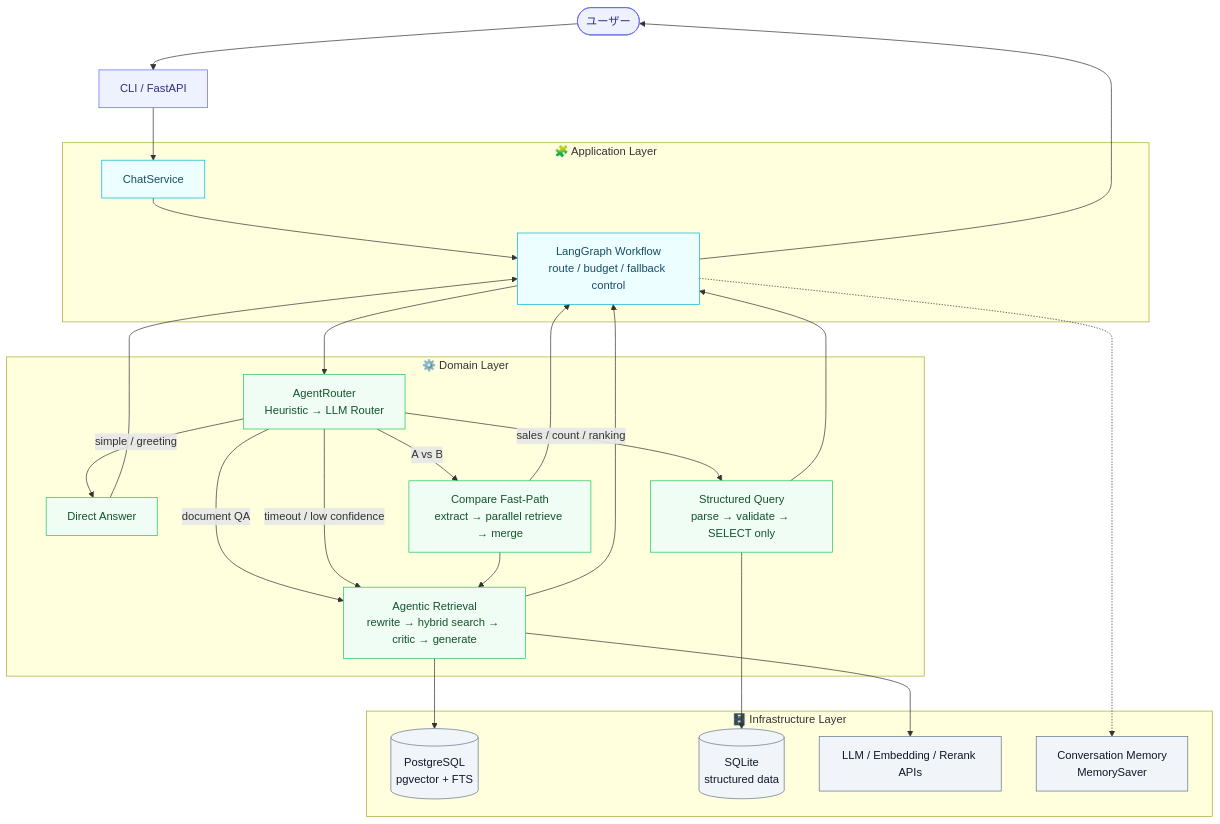
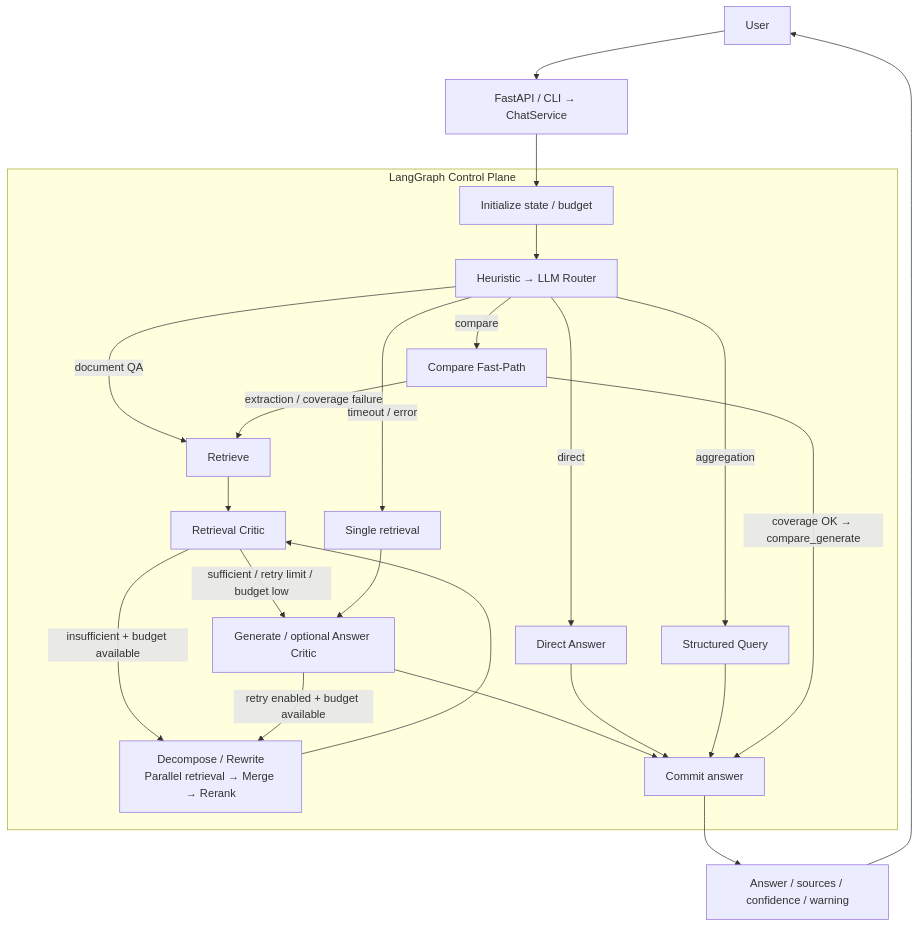
The diagram in README.md (mlprototype/ai-agent-rag), drawn with Mermaid before and after one commit. The commit also changed other lines of this file and 11 other files, not shown here.

````diff
--- a/README.md
+++ b/README.md
@@ -60,52 +33,26 @@
 ```mermaid
-flowchart TB
-    classDef entry fill:#eef2ff,stroke:#6366f1,color:#312e81
-    classDef app fill:#ecfeff,stroke:#06b6d4,color:#164e63
-    classDef domain fill:#f0fdf4,stroke:#22c55e,color:#14532d
-    classDef infra fill:#f1f5f9,stroke:#64748b,color:#0f172a
-
-    User(["ユーザー"]):::entry --> Entry["CLI / FastAPI"]:::entry
-
-    subgraph App["🧩 Application Layer"]
-        Chat["ChatService"]:::app
-        Graph["LangGraph Workflow<br/>route / budget / fallback control"]:::app
-        Chat --> Graph
+flowchart TD
+    User[User] --> Chat[FastAPI / CLI → ChatService]
+    Chat --> Init
+    subgraph CP[LangGraph Control Plane]
+        Init[Initialize state / budget] --> Router[Heuristic → LLM Router]
+        Router -->|direct| Direct[Direct Answer]
+        Router -->|document QA| Retrieval[Retrieve]
+        Router -->|aggregation| SQL[Structured Query]
+        Router -->|compare| Compare[Compare Fast-Path]
+        Router -->|timeout / error| Fallback[Single retrieval]
+        Compare -->|extraction / coverage failure| Retrieval
+        Retrieval --> Check[Retrieval Critic]
+        Check -->|insufficient + budget available| Retry["Decompose / Rewrite<br/>Parallel retrieval → Merge → Rerank"]
+        Retry --> Check
+        Check -->|sufficient / retry limit / budget low| Generate[Generate / optional Answer Critic]
+        Fallback --> Generate
+        Generate -->|retry enabled + budget available| Retry
+        Generate --> Commit[Commit answer]
+        Direct --> Commit
+        SQL --> Commit
+        Compare -->|coverage OK → compare_generate| Commit
     end
-
-    subgraph Domain["⚙️ Domain Layer"]
-        Router["AgentRouter<br/>Heuristic → LLM Router"]:::domain
-        Direct["Direct Answer"]:::domain
-        Retrieval["Agentic Retrieval<br/>rewrite → hybrid search → critic → generate"]:::domain
-        Structured["Structured Query<br/>parse → validate → SELECT only"]:::domain
-        Compare["Compare Fast-Path<br/>extract → parallel retrieve → merge"]:::domain
-    end
-
-    subgraph Infra["🗄️ Infrastructure Layer"]
-        Postgres[("PostgreSQL<br/>pgvector + FTS")]:::infra
-        SQLite[("SQLite<br/>structured data")]:::infra
-        LLM["LLM / Embedding / Rerank APIs"]:::infra
-        Memory["Conversation Memory<br/>MemorySaver"]:::infra
-    end
-
-    Entry --> Chat
-    Graph --> Router
-
-    Router -->|"simple / greeting"| Direct
-    Router -->|"document QA"| Retrieval
-    Router -->|"sales / count / ranking"| Structured
-    Router -->|"A vs B"| Compare
-    Router -->|"timeout / low confidence"| Retrieval
-
-    Retrieval --> Postgres
-    Retrieval --> LLM
-    Structured --> SQLite
-    Compare --> Retrieval
-
-    Graph -.-> Memory
-    Direct --> Graph
-    Retrieval --> Graph
-    Structured --> Graph
-    Compare --> Graph
-
-    Graph --> User
+    Commit --> Response[Answer / sources / confidence / warning]
+    Response --> User
 ```
````
